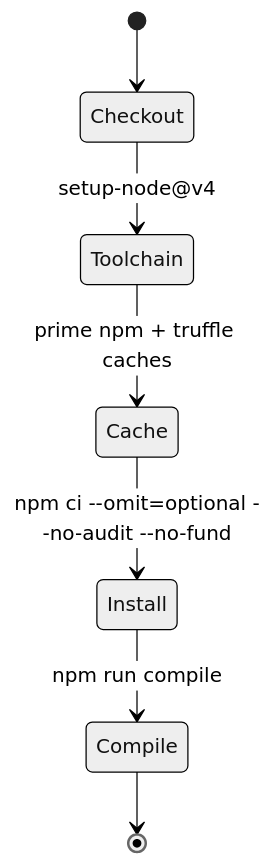
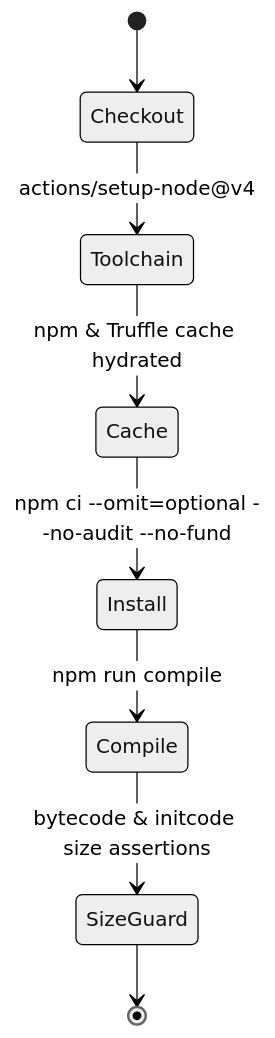
The third of 4 diagrams in README.md (MontrealAI/agijobs-sovereign-labor-v0p1), drawn with Mermaid (neutral theme) before and after one commit. The commit also changed other lines of this file and 8 other files, not shown here.

````diff
--- a/README.md
+++ b/README.md
@@ -147,9 +95,10 @@
 ```mermaid
 stateDiagram-v2
     [*] --> Checkout
-    Checkout --> Toolchain: setup-node@v4
-    Toolchain --> Cache : prime npm + truffle caches
-    Cache --> Install : npm ci --omit=optional --no-audit --no-fund
-    Install --> Compile : npm run compile
-    Compile --> [*]
+    Checkout --> Toolchain: actions/setup-node@v4
+    Toolchain --> Cache: npm & Truffle cache hydrated
+    Cache --> Install: npm ci --omit=optional --no-audit --no-fund
+    Install --> Compile: npm run compile
+    Compile --> SizeGuard: bytecode & initcode size assertions
+    SizeGuard --> [*]
 ```
````
